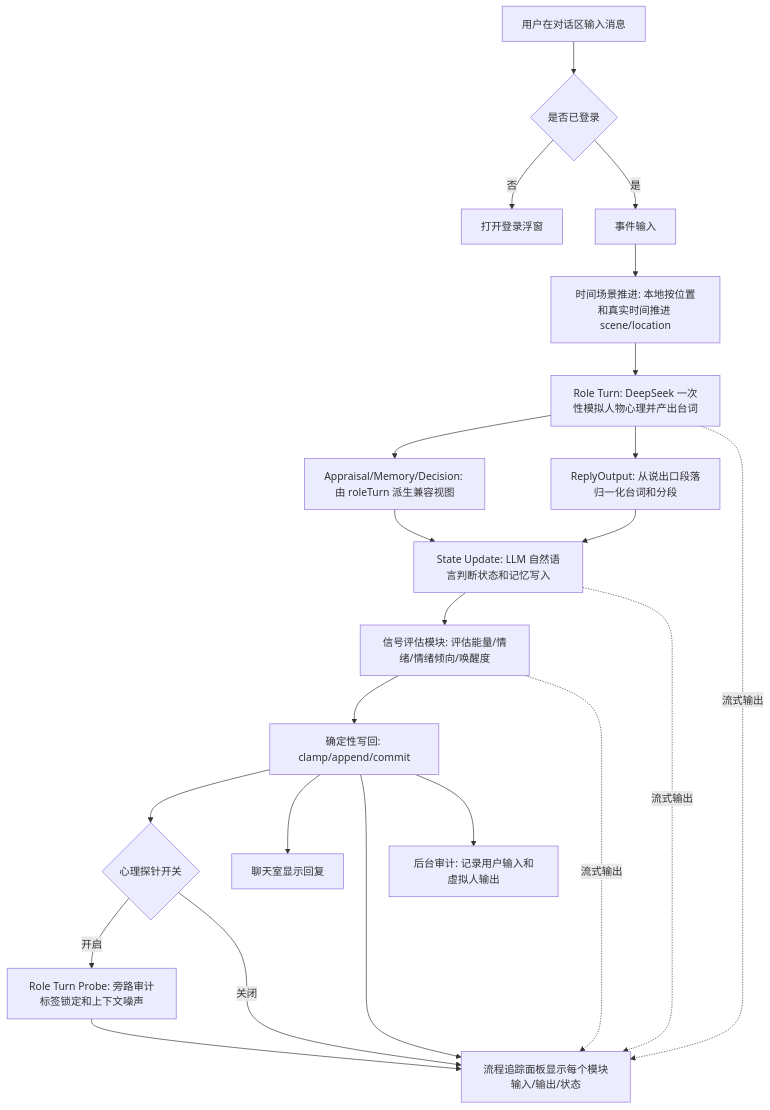
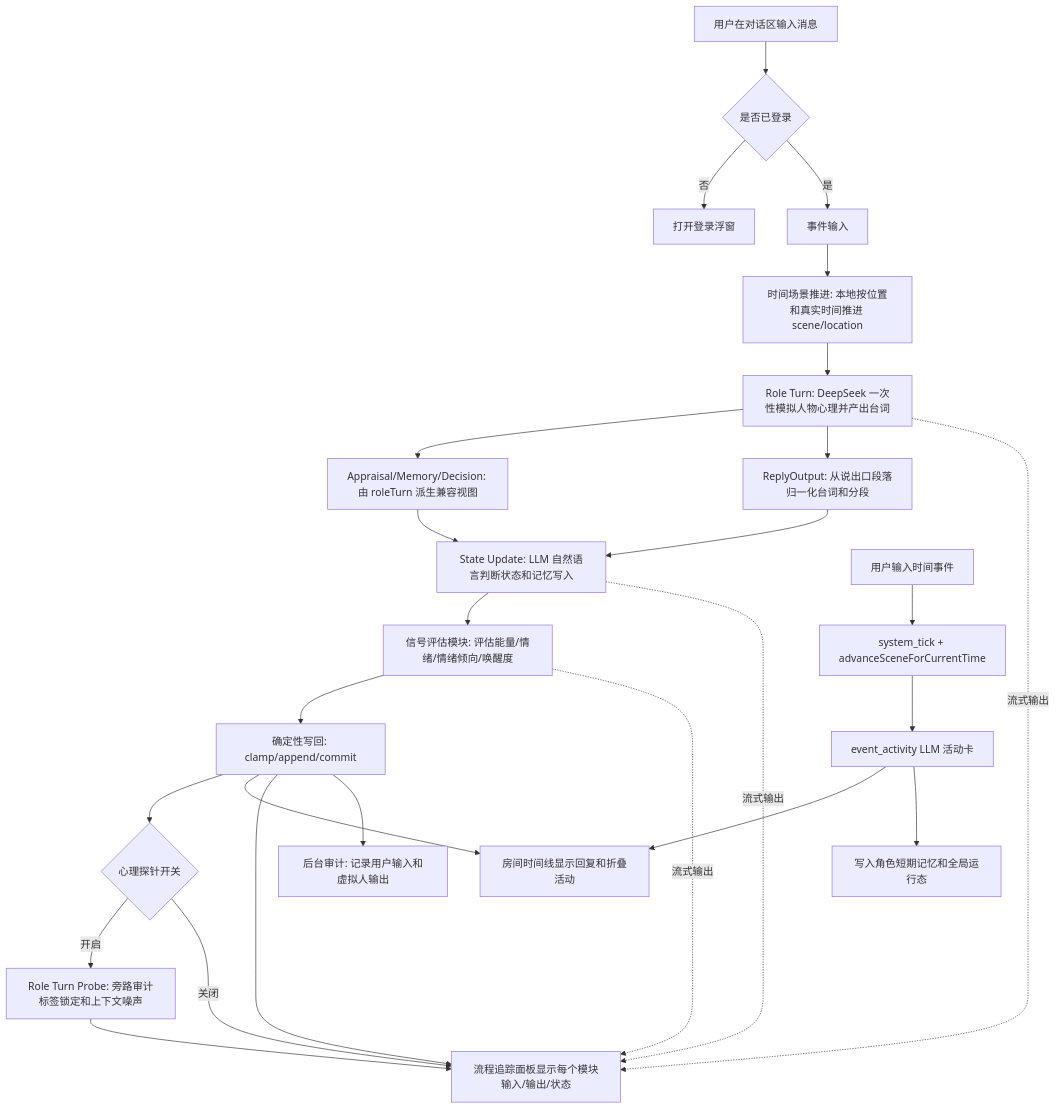
One commit to ttmanthatman/virtual-human-flow changed the fourth of 32 diagrams in docs/SYSTEM_FLOW.md. Above: the diagram before and after it, drawn with Mermaid. The commit also changed other lines of this file and 20 other files, not shown here.

Commit message:
feat: add room timeline and event activity cards

````diff
--- a/docs/SYSTEM_FLOW.md
+++ b/docs/SYSTEM_FLOW.md
@@ -134,24 +136,28 @@
 ```mermaid
 flowchart TD
     U[用户在对话区输入消息] --> AUTH{是否已登录}
     AUTH -- 否 --> LOGIN[打开登录浮窗]
     AUTH -- 是 --> E[事件输入]
     E --> TS[时间场景推进: 本地按位置和真实时间推进 scene/location]
     TS --> RT[Role Turn: DeepSeek 一次性模拟人物心理并产出台词]
     RT --> A[Appraisal/Memory/Decision: 由 roleTurn 派生兼容视图]
     RT --> R[ReplyOutput: 从说出口段落归一化台词和分段]
     A --> S[State Update: LLM 自然语言判断状态和记忆写入]
     R --> S
     S --> G[信号评估模块: 评估能量/情绪/情绪倾向/唤醒度]
     G --> W[确定性写回: clamp/append/commit]
     W --> P{心理探针开关}
     P -- 开启 --> PROBE[Role Turn Probe: 旁路审计标签锁定和上下文噪声]
     PROBE --> T
     P -- 关闭 --> T
-    W --> C[聊天室显示回复]
+    W --> C[房间时间线显示回复和折叠活动]
     W --> T[流程追踪面板显示每个模块输入/输出/状态]
     W --> AUDIT[后台审计: 记录用户输入和虚拟人输出]
     RT -. 流式输出 .-> T
     S -. 流式输出 .-> T
     G -. 流式输出 .-> T
+    E2[用户输入时间事件] --> TE[system_tick + advanceSceneForCurrentTime]
+    TE --> ACT[event_activity LLM 活动卡]
+    ACT --> C
+    ACT --> STATE[写入角色短期记忆和全局运行态]
 ```
````
